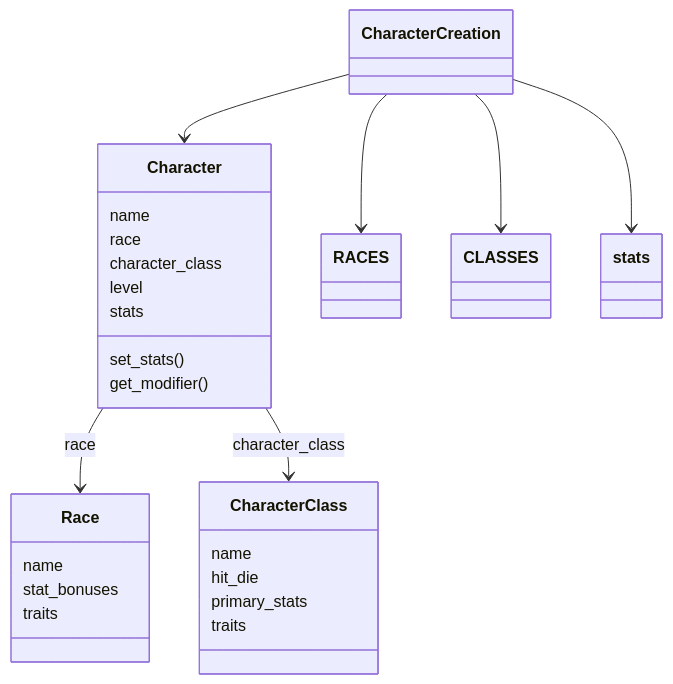
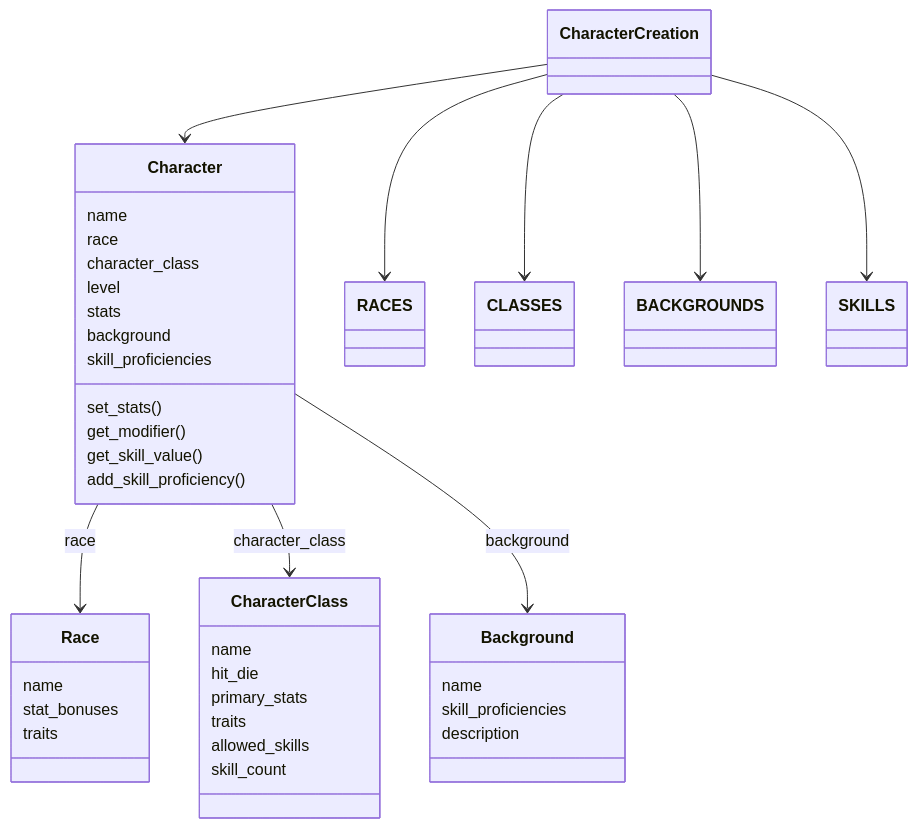
Before and after one commit to NeuralWinter/ot-harjoitustyo: the diagram in dokumentaatio/arkkitehtuuri.md, drawn with Mermaid. The commit also changed 3 other files, not shown here.

````diff
--- a/dokumentaatio/arkkitehtuuri.md
+++ b/dokumentaatio/arkkitehtuuri.md
@@ -12,29 +12,42 @@
 ```mermaid
 classDiagram
     CharacterCreation --> Character
     CharacterCreation --> RACES
     CharacterCreation --> CLASSES
-    CharacterCreation --> stats
+    CharacterCreation --> BACKGROUNDS
+    CharacterCreation --> SKILLS
     Character --> Race : race
     Character --> CharacterClass : character_class
+    Character --> Background : background
     class Character{
         name
         race
         character_class
         level
         stats
+        background
+        skill_proficiencies
         set_stats()
         get_modifier()
+        get_skill_value()
+        add_skill_proficiency()
     }
     class Race{
         name
         stat_bonuses
         traits
     }
     class CharacterClass{
         name
         hit_die
         primary_stats
         traits
+        allowed_skills
+        skill_count
+    }
+    class Background{
+        name
+        skill_proficiencies
+        description
     }
 ```
````
